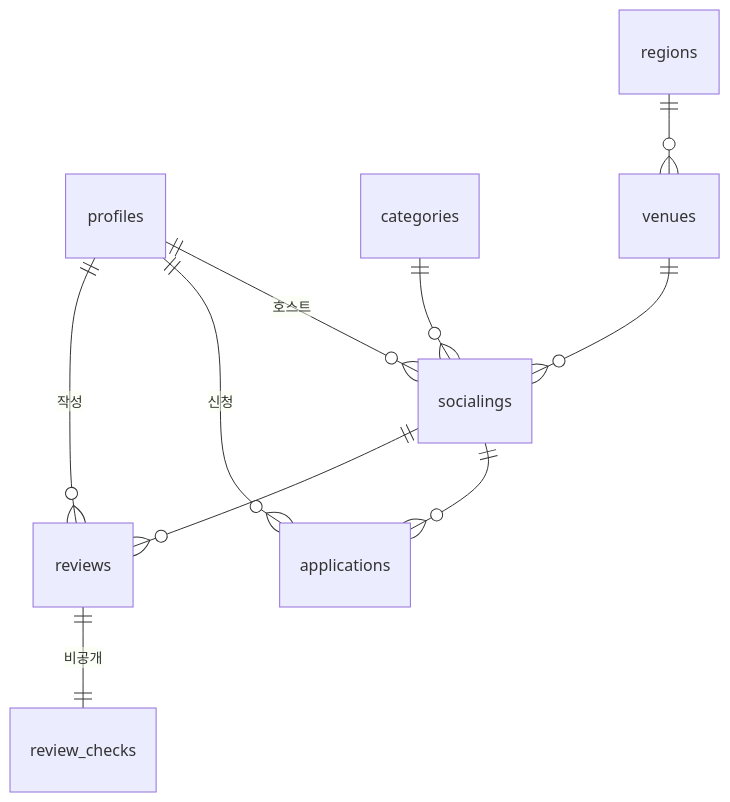
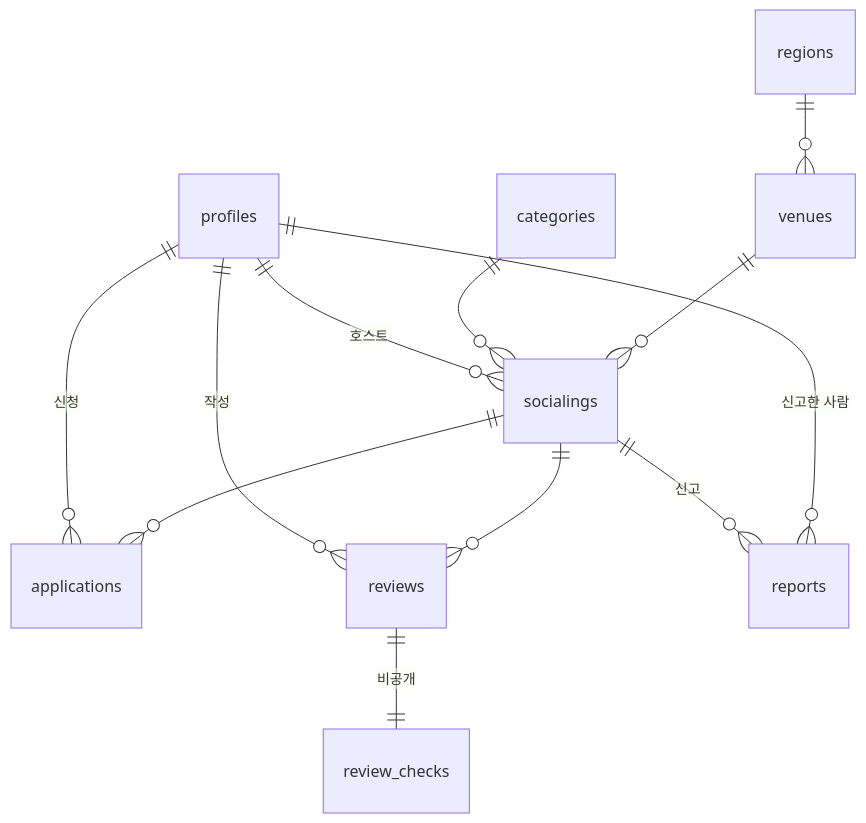
The second of 2 diagrams in docs/architecture.md (happyeuny/socialing-mvp), drawn with Mermaid before and after one commit. The commit also changed other lines of this file and 17 other files, not shown here.

````diff
--- a/docs/architecture.md
+++ b/docs/architecture.md
@@ -64,12 +65,14 @@
 ```mermaid
 erDiagram
     profiles ||--o{ socialings : "호스트"
     profiles ||--o{ applications : "신청"
     profiles ||--o{ reviews : "작성"
     socialings ||--o{ applications : ""
     socialings ||--o{ reviews : ""
     reviews ||--|| review_checks : "비공개"
+    socialings ||--o{ reports : "신고"
+    profiles ||--o{ reports : "신고한 사람"
     categories ||--o{ socialings : ""
     venues ||--o{ socialings : ""
     regions ||--o{ venues : ""
 ```
````
